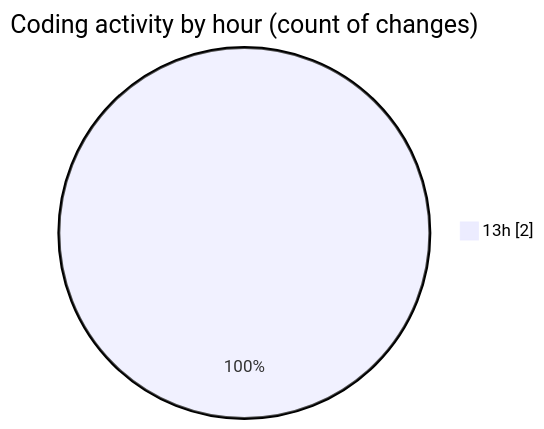
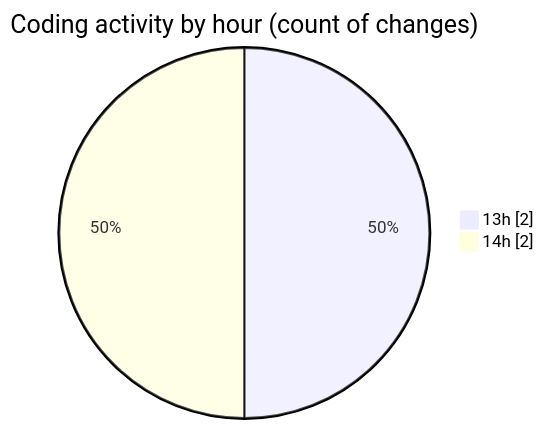
Before and after one commit to NitaiMahat/code-tracking: the second of 2 diagrams in 2025-03-09/filereadinprac/README.md, drawn with Mermaid. The commit also changed other lines of this file and 1 other file, not shown here.

````diff
--- a/2025-03-09/filereadinprac/README.md
+++ b/2025-03-09/filereadinprac/README.md
@@ -28,5 +28,6 @@
 ```mermaid
 pie showData
 title Coding activity by hour (count of changes)
 "13h" : 2
+"14h" : 2
 ```
````
